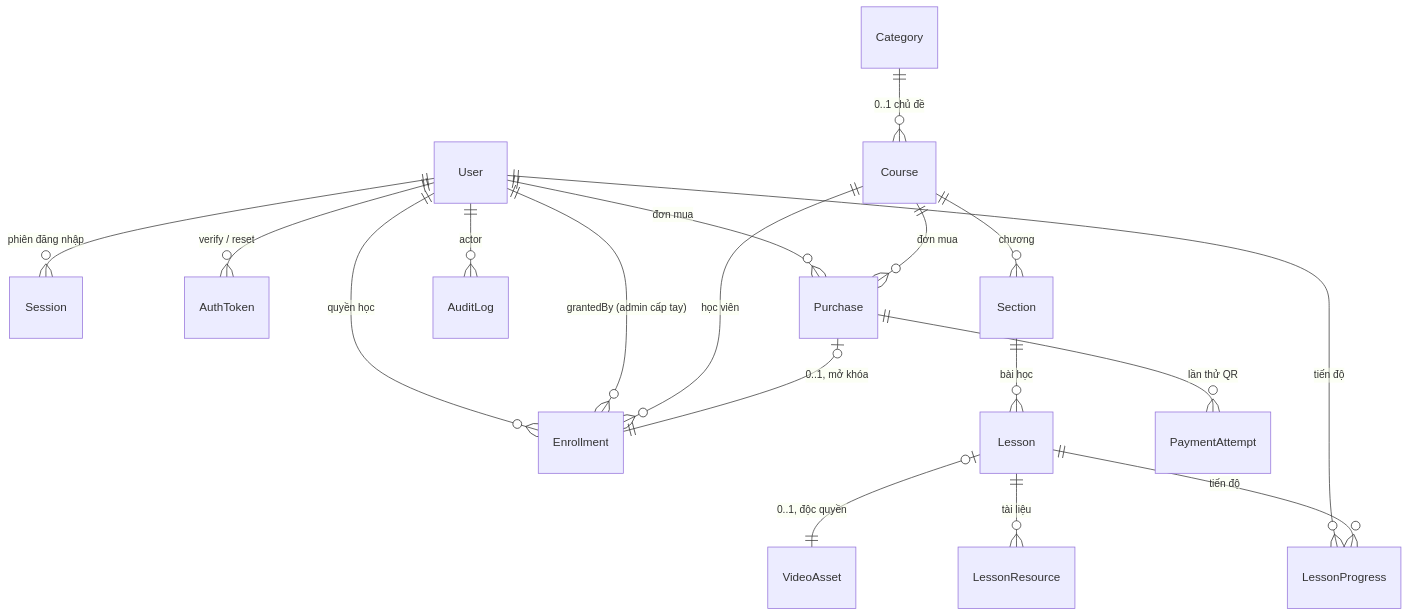
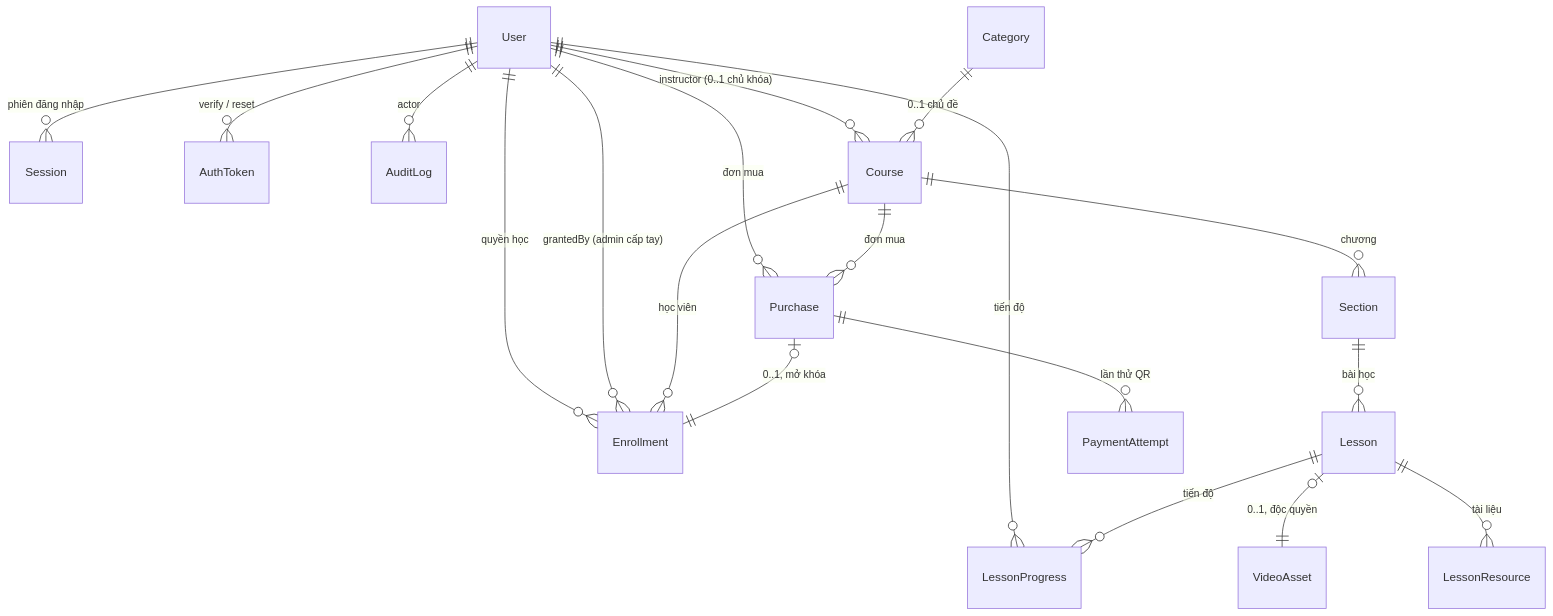
Before and after one commit to QuachHung1102/Elearning_2026: the diagram in docs/DATA_MODEL.md, drawn with Mermaid. The commit also changed other lines of this file and 3 other files, not shown here.

````diff
--- a/docs/DATA_MODEL.md
+++ b/docs/DATA_MODEL.md
@@ -41,23 +41,24 @@
 ```mermaid
 erDiagram
     User    ||--o{ Session        : "phiên đăng nhập"
     User    ||--o{ AuthToken      : "verify / reset"
     User    ||--o{ Enrollment     : "quyền học"
     User    ||--o{ LessonProgress : "tiến độ"
     User    ||--o{ Purchase       : "đơn mua"
     User    ||--o{ AuditLog       : "actor"
     User    ||--o{ Enrollment     : "grantedBy (admin cấp tay)"
+    User    ||--o{ Course         : "instructor (0..1 chủ khóa)"
 
     Category ||--o{ Course : "0..1 chủ đề"
 
     Course  ||--o{ Section    : "chương"
     Section ||--o{ Lesson     : "bài học"
     Lesson  |o--|| VideoAsset : "0..1, độc quyền"
     Lesson  ||--o{ LessonResource : "tài liệu"
     Lesson  ||--o{ LessonProgress : "tiến độ"
 
     Course   ||--o{ Enrollment : "học viên"
     Course   ||--o{ Purchase   : "đơn mua"
     Purchase ||--o{ PaymentAttempt : "lần thử QR"
     Purchase |o--|| Enrollment     : "0..1, mở khóa"
 ```
````
